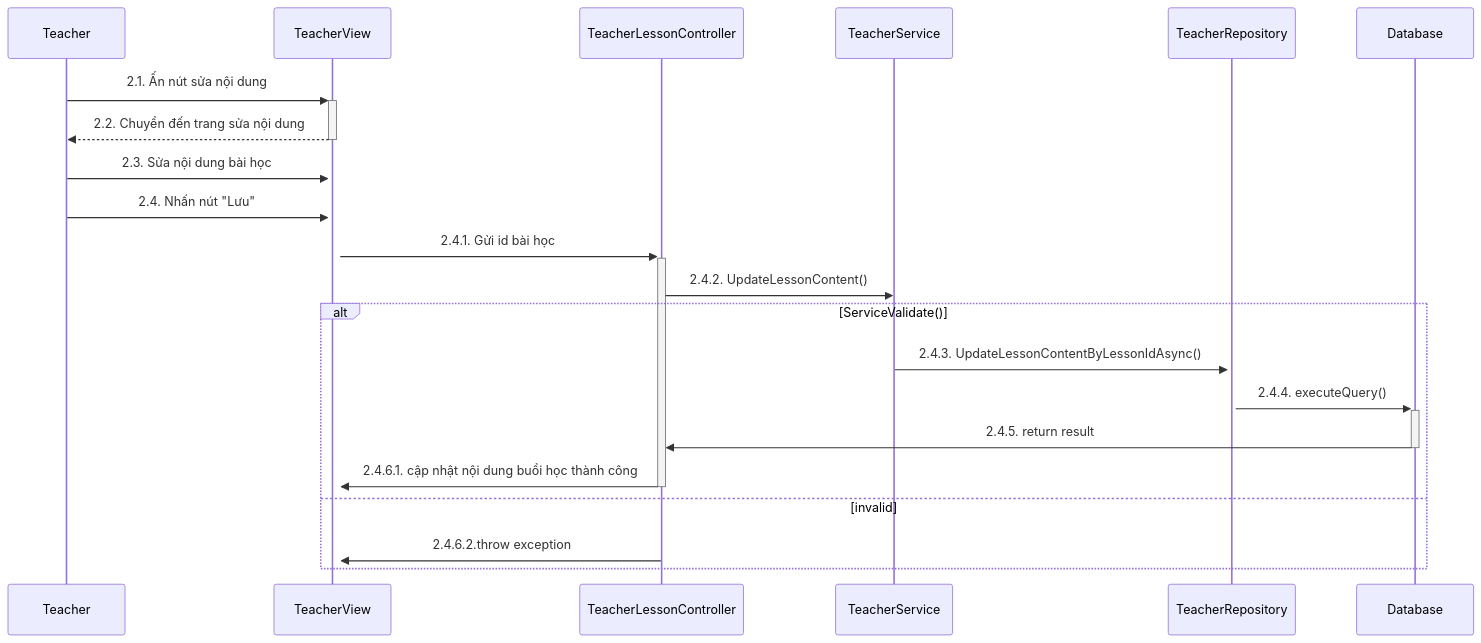
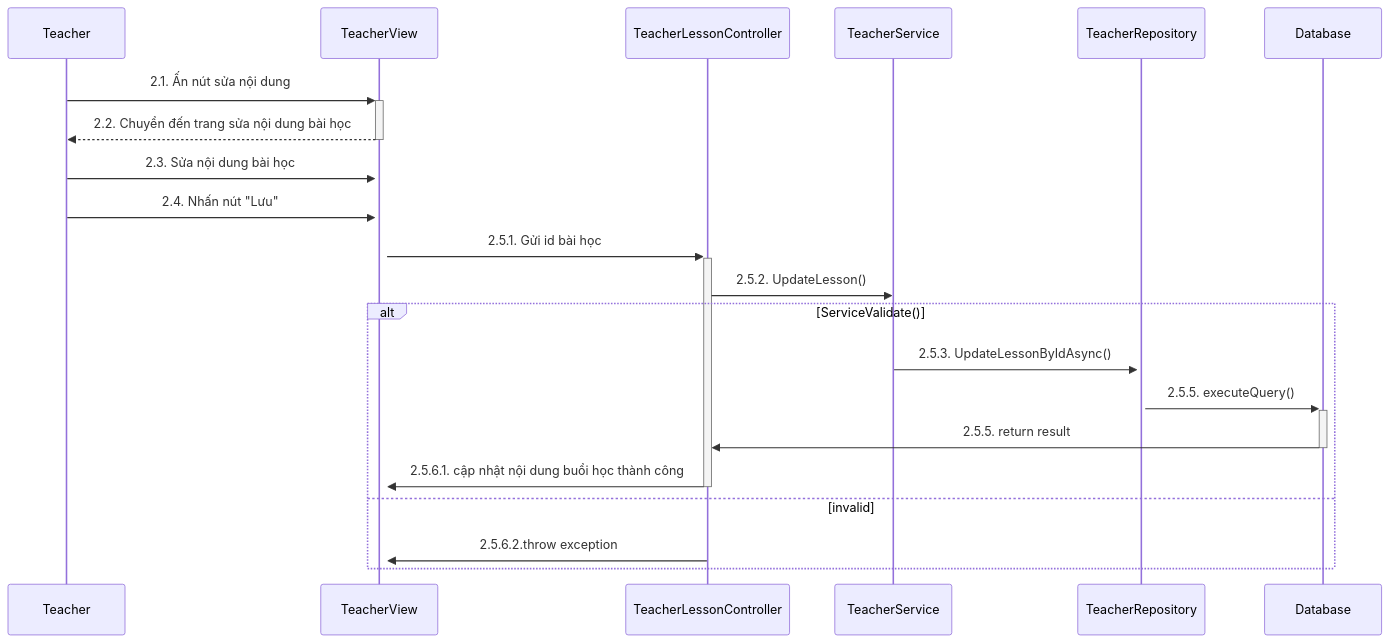
Before and after one commit to LienNTB/sequence-CNPM: the diagram in sequence/teacher/sequence1.2.md, drawn with Mermaid. The commit also changed 9 other files, not shown here.

````diff
--- a/sequence/teacher/sequence1.2.md
+++ b/sequence/teacher/sequence1.2.md
@@ -1,25 +1,25 @@
 ```mermaid
 sequenceDiagram
     participant Teacher
     participant TeacherView
     participant TeacherLessonController
     participant TeacherService
     participant TeacherRepository
     participant Database
 
     Teacher->>+TeacherView: 2.1. Ấn nút sửa nội dung
-    TeacherView-->>-Teacher: 2.2. Chuyển đến trang sửa nội dung
+    TeacherView-->>-Teacher: 2.2. Chuyển đến trang sửa nội dung bài học
     Teacher->>+TeacherView: 2.3. Sửa nội dung bài học
     Teacher->>+TeacherView: 2.4. Nhấn nút "Lưu"
-    TeacherView->>+TeacherLessonController: 2.4.1. Gửi id bài học
-    TeacherLessonController->>TeacherService: 2.4.2. UpdateLessonContent()
+    TeacherView->>+TeacherLessonController: 2.5.1. Gửi id bài học
+    TeacherLessonController->>TeacherService: 2.5.2. UpdateLesson()
     alt ServiceValidate()
-        TeacherService->>+TeacherRepository: 2.4.3. UpdateLessonContentByLessonIdAsync()
-        TeacherRepository->>+Database: 2.4.4. executeQuery()
+        TeacherService->>+TeacherRepository: 2.5.3. UpdateLessonByIdAsync()
+        TeacherRepository->>+Database: 2.5.5. executeQuery()
 
-        Database->>-TeacherLessonController: 2.4.5. return result
-        TeacherLessonController->>-TeacherView: 2.4.6.1. cập nhật nội dung buổi học thành công
+        Database->>-TeacherLessonController: 2.5.5. return result
+        TeacherLessonController->>-TeacherView: 2.5.6.1. cập nhật nội dung buổi học thành công
     else invalid
-        TeacherLessonController->>TeacherView: 2.4.6.2.throw exception
+        TeacherLessonController->>TeacherView: 2.5.6.2.throw exception
     end
 ```
````
